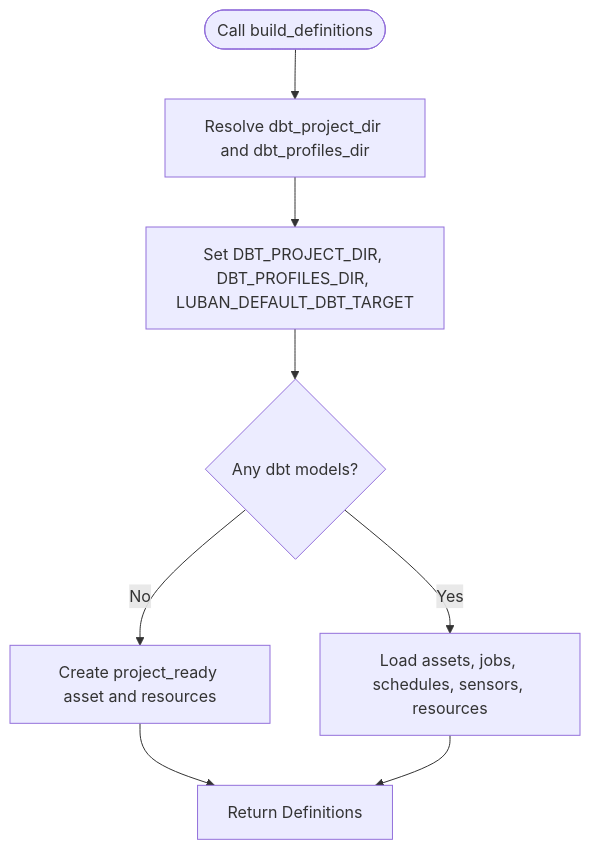
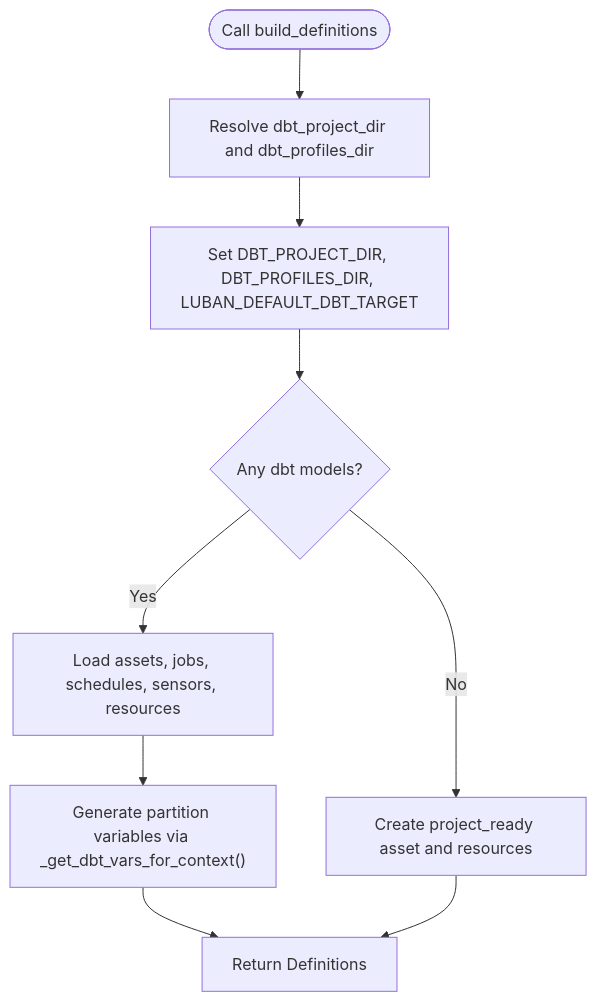
One commit to metasync/dbt-dagsterizer changed the fourth of 5 diagrams in .qoder/repowiki/en/content/API Reference.md. Above: the diagram before and after it, drawn with Mermaid. The commit also changed other lines of this file and 16 other files, not shown here.

````diff
--- a/.qoder/repowiki/en/content/API Reference.md
+++ b/.qoder/repowiki/en/content/API Reference.md
@@ -367,10 +528,11 @@
 ```mermaid
 flowchart TD
 Start(["Call build_definitions"]) --> Resolve["Resolve dbt_project_dir and dbt_profiles_dir"]
 Resolve --> TempEnv["Set DBT_PROJECT_DIR, DBT_PROFILES_DIR, LUBAN_DEFAULT_DBT_TARGET"]
 TempEnv --> HasModels{"Any dbt models?"}
 HasModels --> |No| Skeleton["Create project_ready asset and resources"]
 HasModels --> |Yes| LoadModules["Load assets, jobs, schedules, sensors, resources"]
-Skeleton --> ReturnDefs["Return Definitions"]
-LoadModules --> ReturnDefs
+LoadModules --> PartitionVars["Generate partition variables via _get_dbt_vars_for_context()"]
+PartitionVars --> ReturnDefs["Return Definitions"]
+Skeleton --> ReturnDefs
 ```
````
